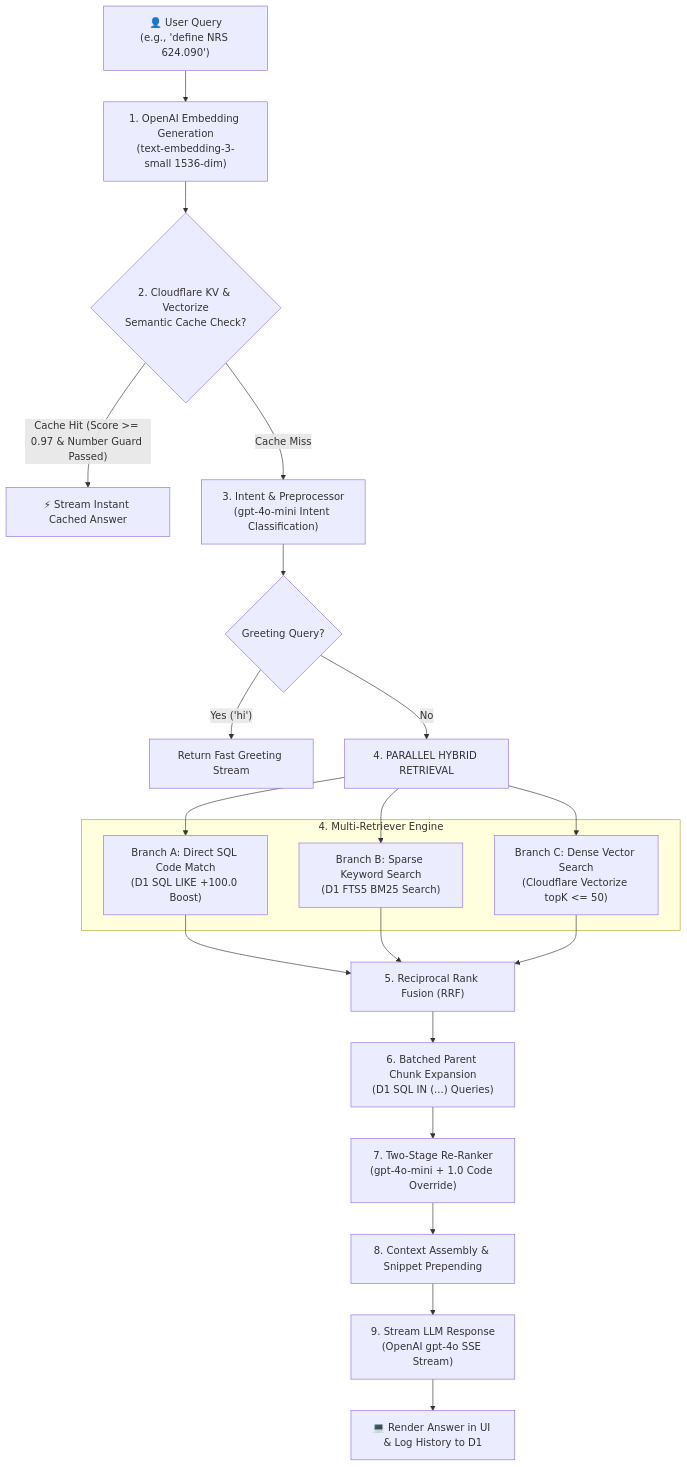
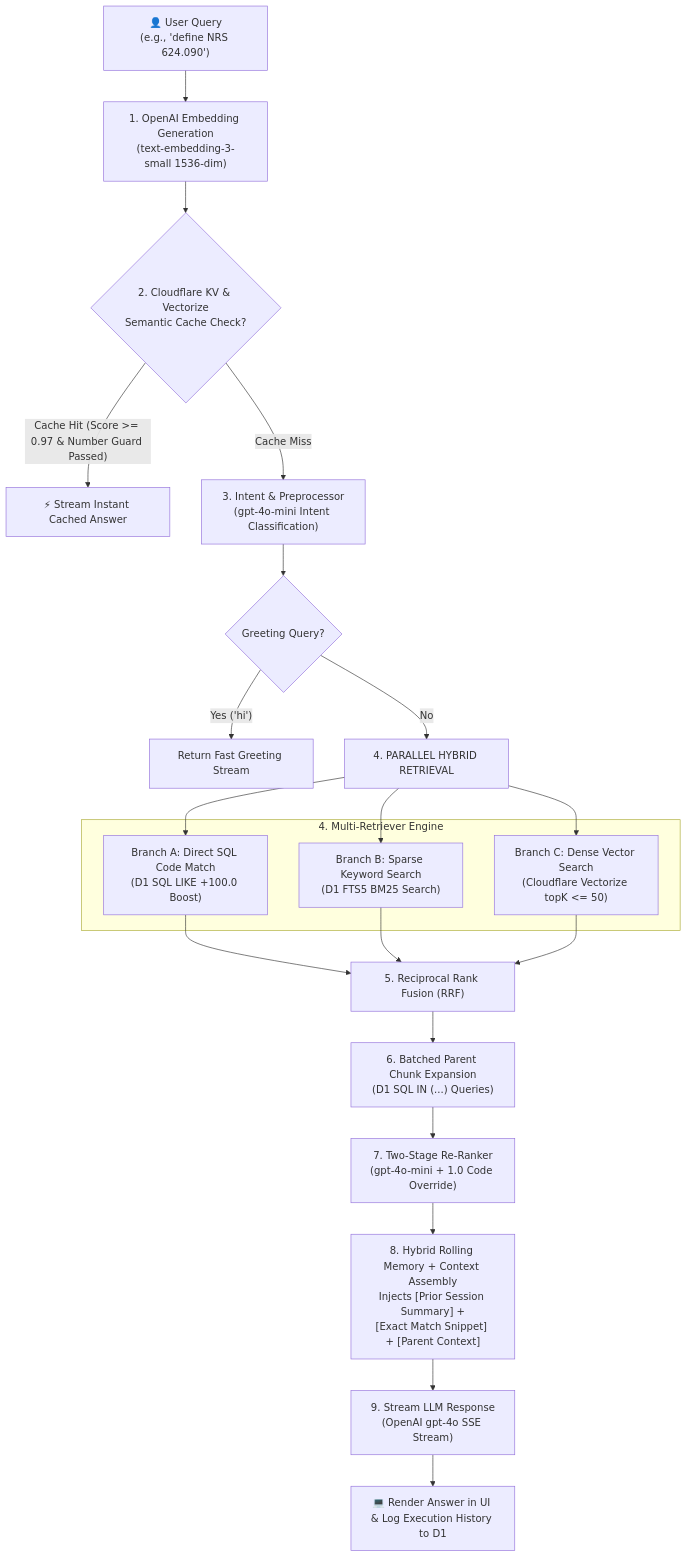
The diagram in README.md (HassanCpp/knowledgehubai-cloudflare), drawn with Mermaid before and after one commit. The commit also changed other lines of this file, not shown here.

Commit message:
docs: update README with Hybrid Rolling Memory Engine & Hierarchical Admin Audit Explorer

````diff
--- a/README.md
+++ b/README.md
@@ -70,30 +78,30 @@
 ```mermaid
 flowchart TD
     A["👤 User Query\n(e.g., 'define NRS 624.090')"] --> B["1. OpenAI Embedding Generation\n(text-embedding-3-small 1536-dim)"]
     B --> C{"2. Cloudflare KV & Vectorize\nSemantic Cache Check?"}
     C -- "Cache Hit (Score >= 0.97 & Number Guard Passed)" --> D["⚡ Stream Instant Cached Answer"]
     C -- "Cache Miss" --> E["3. Intent & Preprocessor\n(gpt-4o-mini Intent Classification)"]
     E --> F{"Greeting Query?"}
     F -- "Yes ('hi')" --> G["Return Fast Greeting Stream"]
     F -- "No" --> H["4. PARALLEL HYBRID RETRIEVAL"]
 
     subgraph ParallelRetrieval ["4. Multi-Retriever Engine"]
         H1["Branch A: Direct SQL Code Match\n(D1 SQL LIKE +100.0 Boost)"]
         H2["Branch B: Sparse Keyword Search\n(D1 FTS5 BM25 Search)"]
         H3["Branch C: Dense Vector Search\n(Cloudflare Vectorize topK <= 50)"]
     end
 
     H --> H1
     H --> H2
     H --> H3
 
     H1 --> I["5. Reciprocal Rank Fusion (RRF)"]
     H2 --> I
     H3 --> I
 
     I --> J["6. Batched Parent Chunk Expansion\n(D1 SQL IN (...) Queries)"]
     J --> K["7. Two-Stage Re-Ranker\n(gpt-4o-mini + 1.0 Code Override)"]
-    K --> L["8. Context Assembly & Snippet Prepending"]
+    K --> L["8. Hybrid Rolling Memory + Context Assembly\nInjects [Prior Session Summary] +\n[Exact Match Snippet] + [Parent Context]"]
     L --> M["9. Stream LLM Response\n(OpenAI gpt-4o SSE Stream)"]
-    M --> N["💻 Render Answer in UI & Log History to D1"]
+    M --> N["💻 Render Answer in UI & Log Execution History to D1"]
 ```
````
